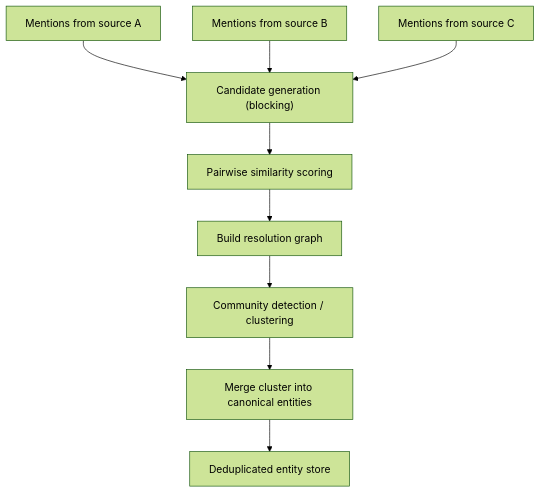
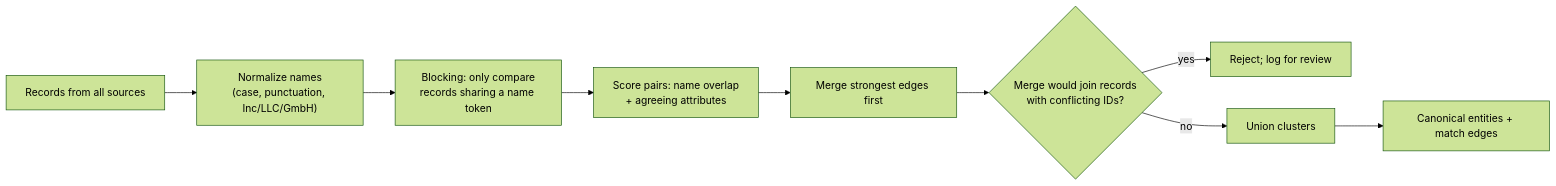
The diagram in content/patterns/graph-patterns/entity-resolution-graph.md (PrajwalAmte/AI-Engineering-Patterns), drawn with Mermaid (forest theme) before and after one commit. The commit also changed other lines of this file and 190 other files, not shown here.

```diff
--- a/content/patterns/graph-patterns/entity-resolution-graph.md
+++ b/content/patterns/graph-patterns/entity-resolution-graph.md
@@ -35,11 +32,11 @@
 <pre class="mermaid">
-flowchart TD
-    A["Mentions from source A"] --> D["Candidate generation (blocking)"]
-    B["Mentions from source B"] --> D
-    C["Mentions from source C"] --> D
-    D --> E["Pairwise similarity scoring"]
-    E --> F["Build resolution graph"]
-    F --> G["Community detection / clustering"]
-    G --> H["Merge cluster into canonical entities"]
-    H --> I["Deduplicated entity store"]
+flowchart LR
+    R["Records from all sources"] --> N["Normalize names<br/>(case, punctuation, Inc/LLC/GmbH)"]
+    N --> B["Blocking: only compare<br/>records sharing a name token"]
+    B --> S["Score pairs: name overlap<br/>+ agreeing attributes"]
+    S --> M["Merge strongest edges first"]
+    M --> C{"Merge would join records<br/>with conflicting IDs?"}
+    C -->|"yes"| X["Reject; log for review"]
+    C -->|"no"| U["Union clusters"]
+    U --> E["Canonical entities + match edges"]
 </pre>
```
